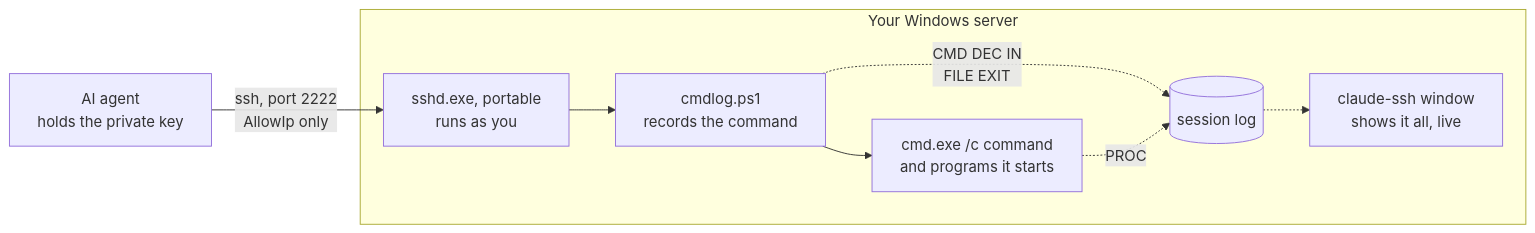
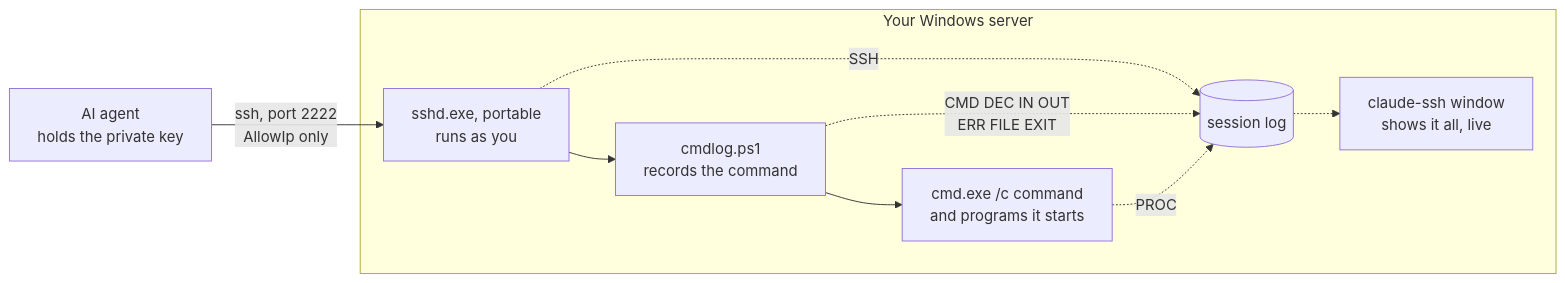
Before and after one commit to lotgon/agentSSH: the diagram in README.md, drawn with Mermaid. The commit also changed other lines of this file and 4 other files, not shown here.

````diff
--- a/README.md
+++ b/README.md
@@ -71,17 +73,18 @@
 ```mermaid
 flowchart LR
     A["AI agent<br/>holds the private key"]
     subgraph SRV["Your Windows server"]
         S["sshd.exe, portable<br/>runs as you"]
         W["cmdlog.ps1<br/>records the command"]
         C["cmd.exe /c command<br/>and programs it starts"]
         L[("session log")]
         V["claude-ssh window<br/>shows it all, live"]
     end
     A -- "ssh, port 2222<br/>AllowIp only" --> S
     S --> W
     W --> C
-    W -. "CMD DEC IN<br/>FILE EXIT" .-> L
+    S -. "SSH" .-> L
+    W -. "CMD DEC IN OUT<br/>ERR FILE EXIT" .-> L
     C -. "PROC" .-> L
     L -.-> V
 ```
````
